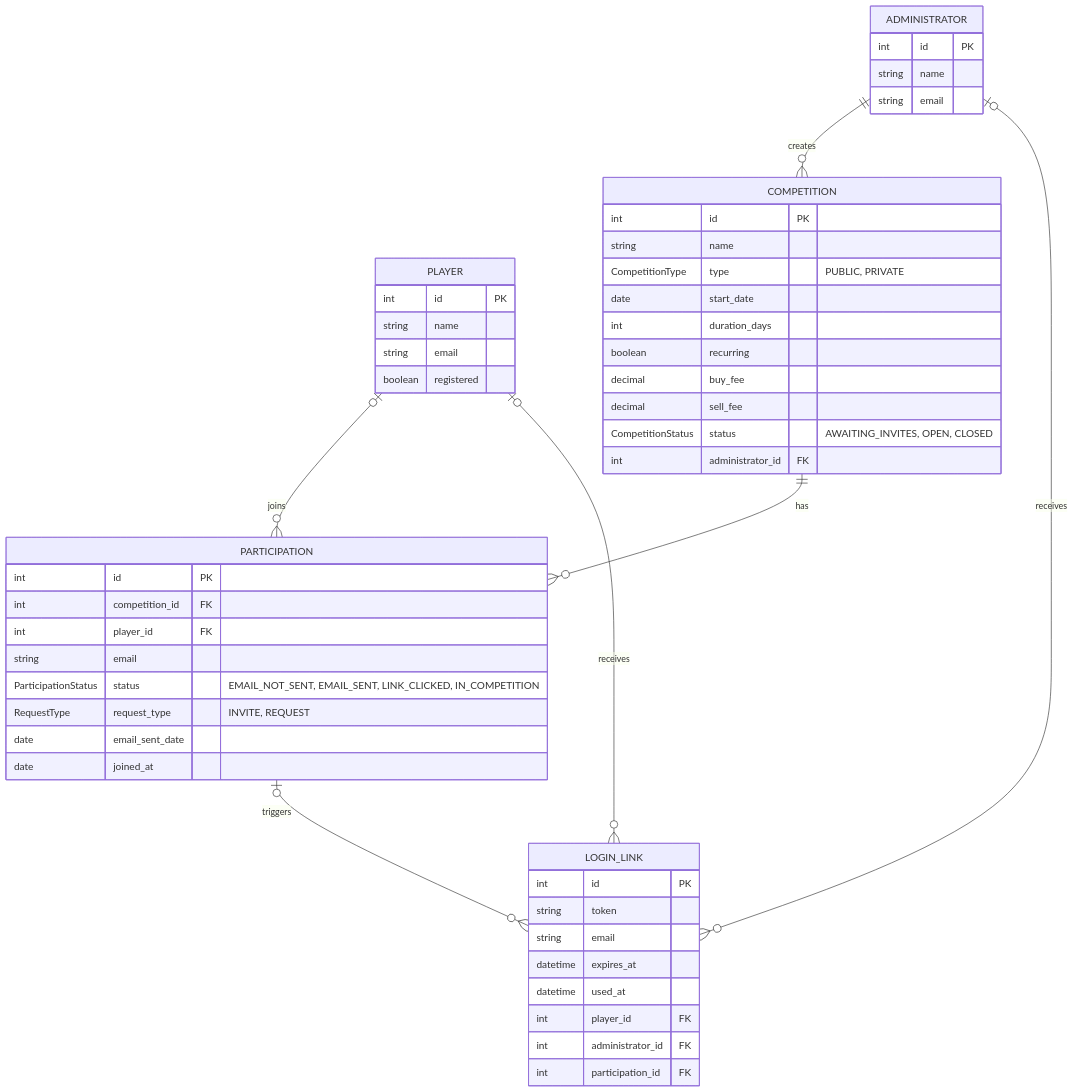
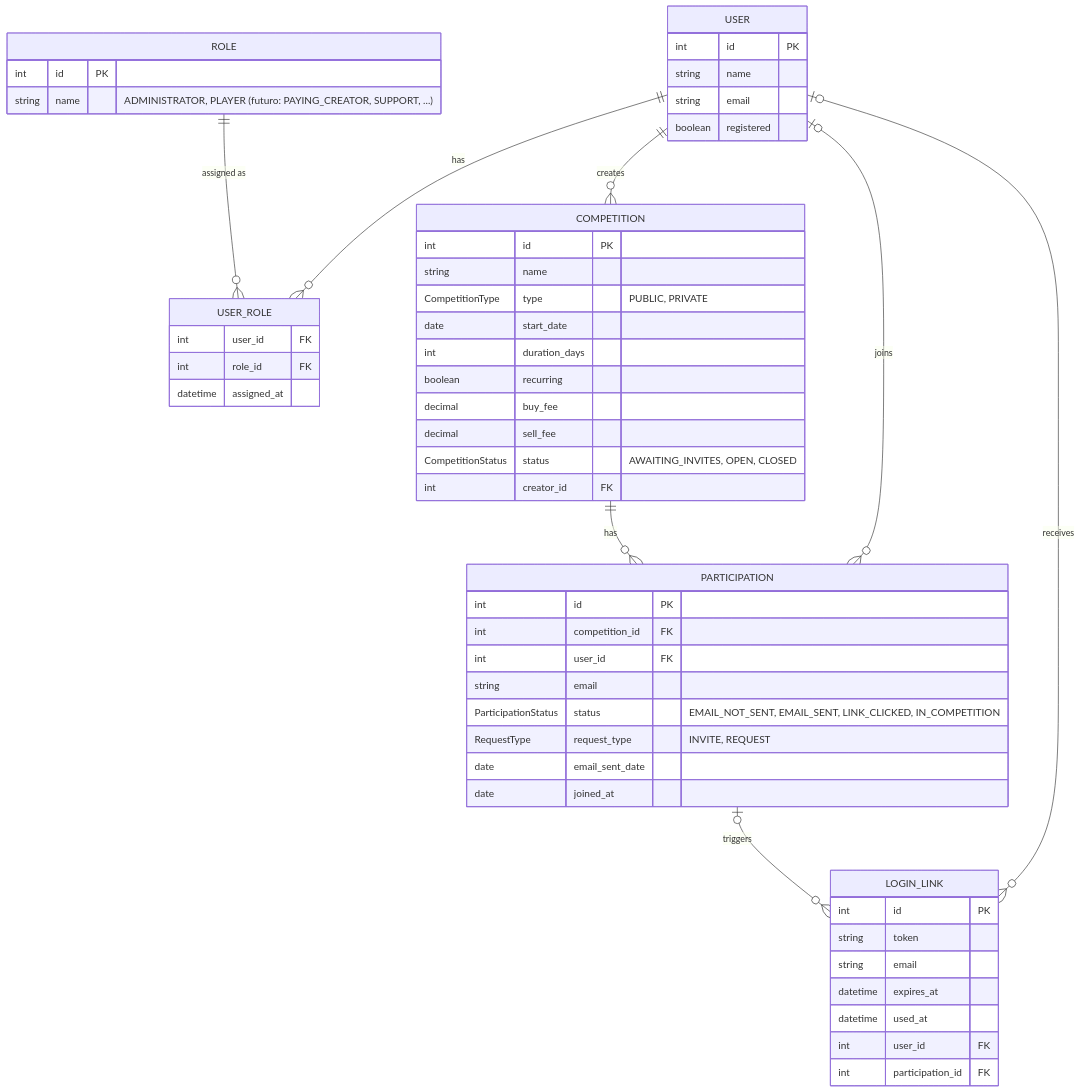
The diagram in docs/diagrams/der.md (lalgarve/jogo-acoes), drawn with Mermaid before and after one commit. The commit also changed other lines of this file, not shown here.

Commit message:
docs: unify USER role model in ER diagram
Replace ADMINISTRATOR/PLAYER with a single USER entity plus a ROLE /
USER_ROLE catalog, so a user can hold multiple roles (e.g. a paying
player who also creates competitions or provides support) without a
schema change. Also simplifies LOGIN_LINK from three mutually
exclusive optional FKs down to two.

````diff
--- a/docs/diagrams/der.md
+++ b/docs/diagrams/der.md
@@ -6,53 +6,57 @@
 ```mermaid
 erDiagram
-    ADMINISTRATOR {
-        int id PK
-        string name
-        string email
-    }
-    PLAYER {
+    USER {
         int id PK
         string name
         string email
         boolean registered
+    }
+    ROLE {
+        int id PK
+        string name "ADMINISTRATOR, PLAYER (futuro: PAYING_CREATOR, SUPPORT, ...)"
+    }
+    USER_ROLE {
+        int user_id FK
+        int role_id FK
+        datetime assigned_at
     }
     COMPETITION {
         int id PK
         string name
         CompetitionType type "PUBLIC, PRIVATE"
         date start_date
         int duration_days
         boolean recurring
         decimal buy_fee
         decimal sell_fee
         CompetitionStatus status "AWAITING_INVITES, OPEN, CLOSED"
-        int administrator_id FK
+        int creator_id FK
     }
     PARTICIPATION {
         int id PK
         int competition_id FK
-        int player_id FK
+        int user_id FK
         string email
         ParticipationStatus status "EMAIL_NOT_SENT, EMAIL_SENT, LINK_CLICKED, IN_COMPETITION"
         RequestType request_type "INVITE, REQUEST"
         date email_sent_date
         date joined_at
     }
     LOGIN_LINK {
         int id PK
         string token
         string email
         datetime expires_at
         datetime used_at
-        int player_id FK
-        int administrator_id FK
+        int user_id FK
         int participation_id FK
     }
 
-    ADMINISTRATOR ||--o{ COMPETITION      : creates
-    COMPETITION   ||--o{ PARTICIPATION    : has
-    PLAYER        |o--o{ PARTICIPATION    : joins
-    PLAYER        |o--o{ LOGIN_LINK       : receives
-    ADMINISTRATOR |o--o{ LOGIN_LINK       : receives
-    PARTICIPATION |o--o{ LOGIN_LINK       : triggers
+    USER          ||--o{ USER_ROLE      : has
+    ROLE          ||--o{ USER_ROLE      : "assigned as"
+    USER          ||--o{ COMPETITION    : creates
+    COMPETITION   ||--o{ PARTICIPATION  : has
+    USER          |o--o{ PARTICIPATION  : joins
+    USER          |o--o{ LOGIN_LINK     : receives
+    PARTICIPATION |o--o{ LOGIN_LINK     : triggers
 ```
````
